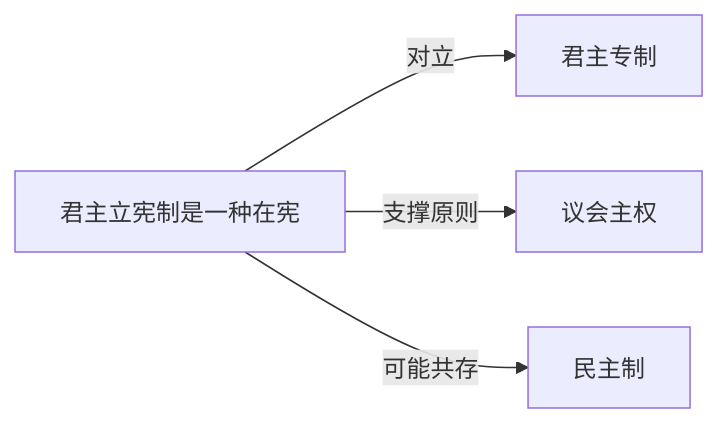
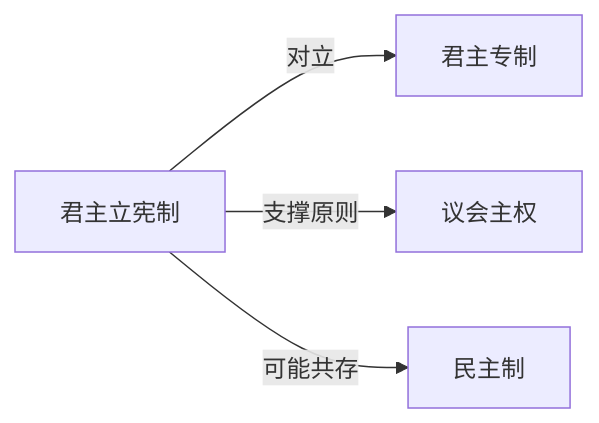
The diagram in Knowledge/Concepts/政治/君主立宪制.md (KIMMCHOW/MyKnowledge), drawn with Mermaid before and after one commit. The commit also changed 96 other files, not shown here.

Commit message:
fix: 修复概念页关系图节点并补齐缺失关联

````diff
--- a/Knowledge/Concepts/政治/君主立宪制.md
+++ b/Knowledge/Concepts/政治/君主立宪制.md
@@ -43,6 +43,6 @@
 ```mermaid
 graph LR
-    君主立宪制是一种在宪 -->|对立| 君主专制
-    君主立宪制是一种在宪 -->|支撑原则| 议会主权
-    君主立宪制是一种在宪 -->|可能共存| 民主制
+君主立宪制 -->|对立| 君主专制
+君主立宪制 -->|支撑原则| 议会主权
+君主立宪制 -->|可能共存| 民主制
 ```
````
